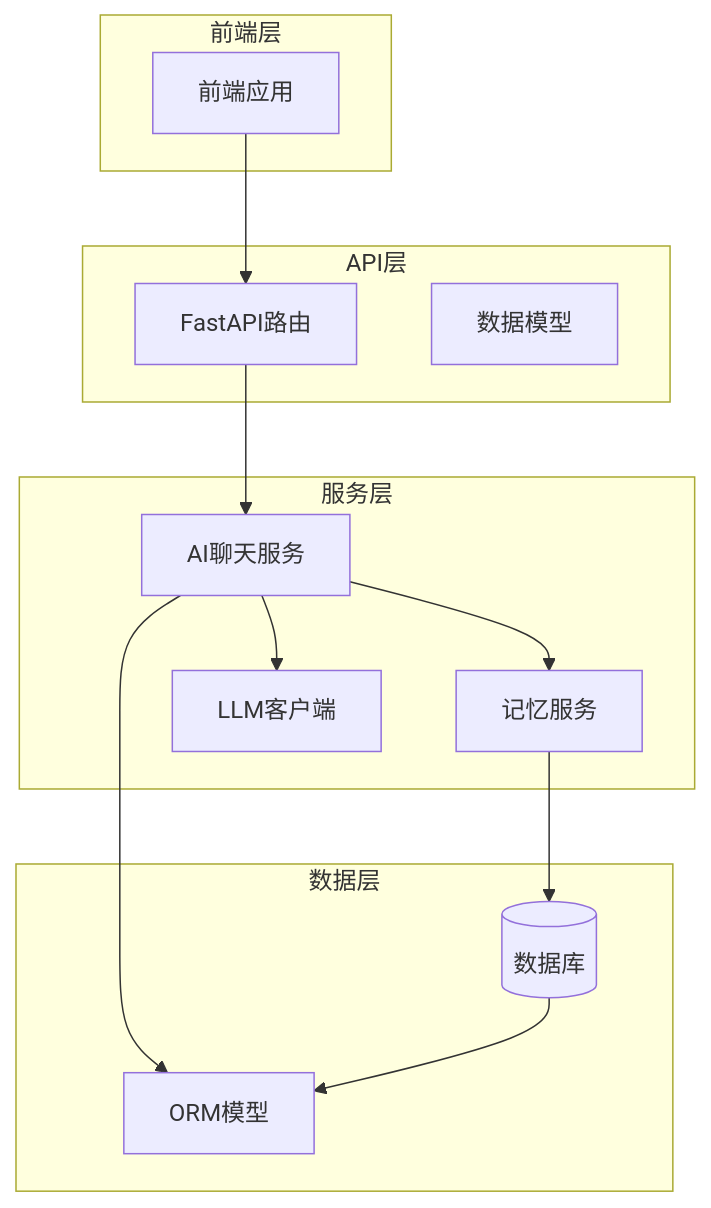
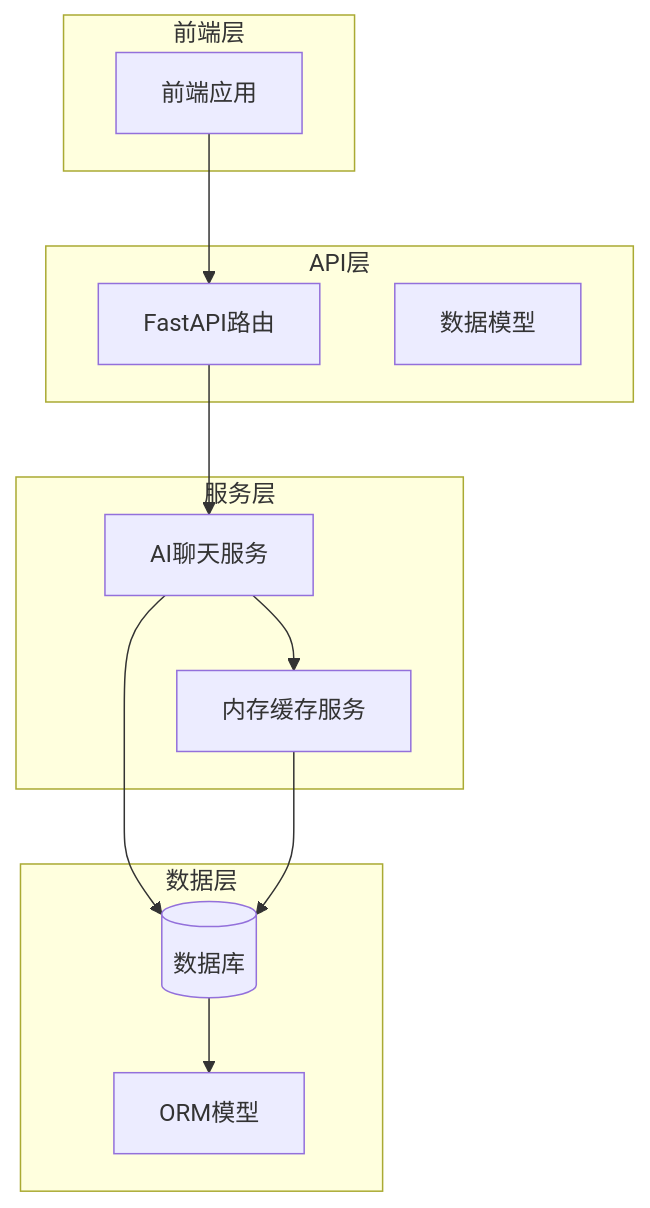
One commit to xfbyxq/ai-novel-system changed the first of 7 diagrams in .qoder/repowiki/zh/content/Memory Service.md. Above: the diagram before and after it, drawn with Mermaid. The commit also changed other lines of this file and 4 other files, not shown here.

````diff
--- a/.qoder/repowiki/zh/content/Memory Service.md
+++ b/.qoder/repowiki/zh/content/Memory Service.md
@@ -35,26 +45,24 @@
 ```mermaid
 graph TB
 subgraph "前端层"
 FE[前端应用]
 end
 subgraph "API层"
 API[FastAPI路由]
 SCHEMAS[数据模型]
 end
 subgraph "服务层"
 AI_CHAT_SERVICE[AI聊天服务]
-MEMORY_SERVICE[记忆服务]
-LLM_CLIENT[LLM客户端]
+MEMORY_SERVICE[内存缓存服务]
 end
 subgraph "数据层"
 DB[(数据库)]
 MODELS[ORM模型]
 end
 FE --> API
 API --> AI_CHAT_SERVICE
 AI_CHAT_SERVICE --> MEMORY_SERVICE
-AI_CHAT_SERVICE --> LLM_CLIENT
+AI_CHAT_SERVICE --> DB
 MEMORY_SERVICE --> DB
-AI_CHAT_SERVICE --> MODELS
 DB --> MODELS
 ```
````
